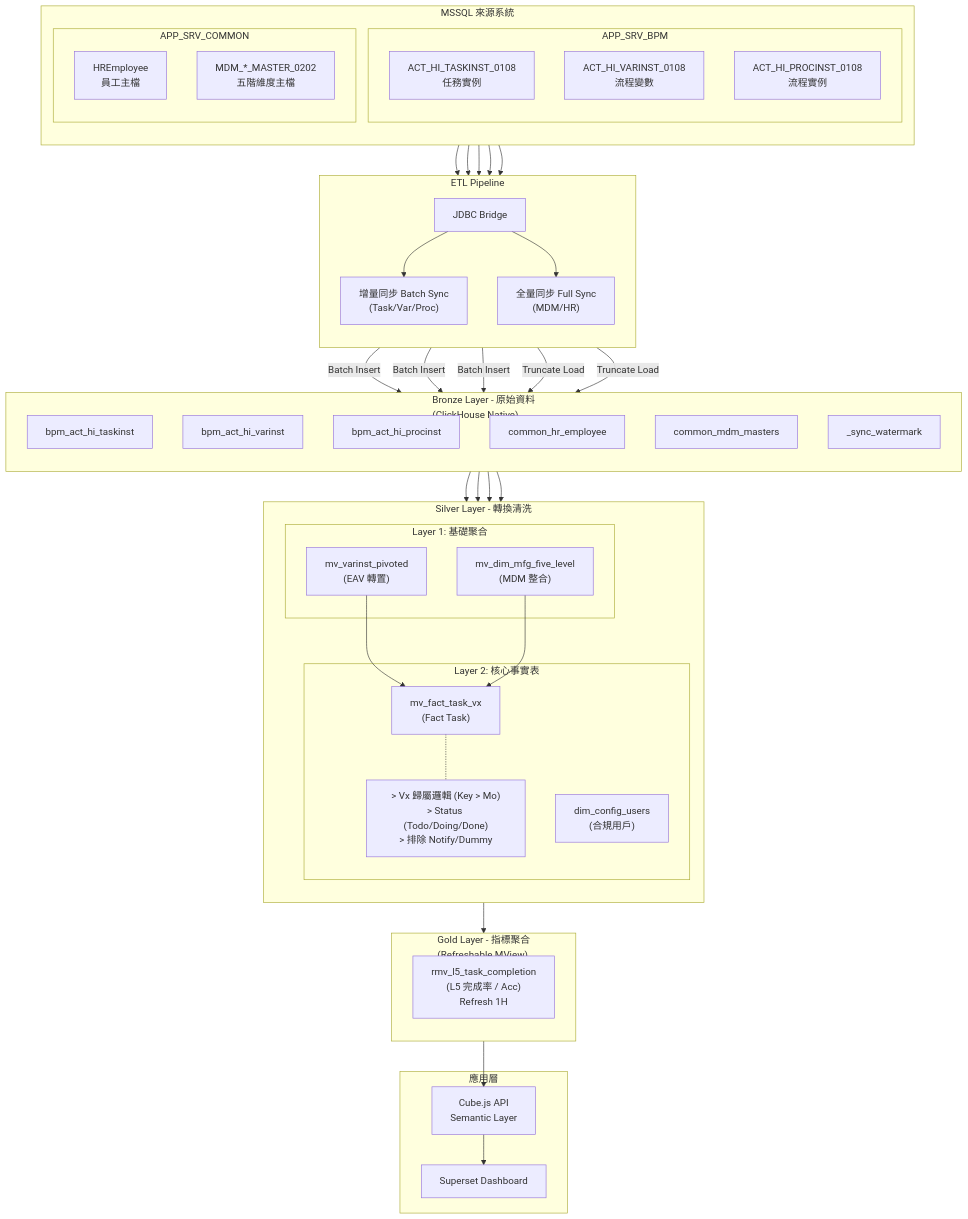
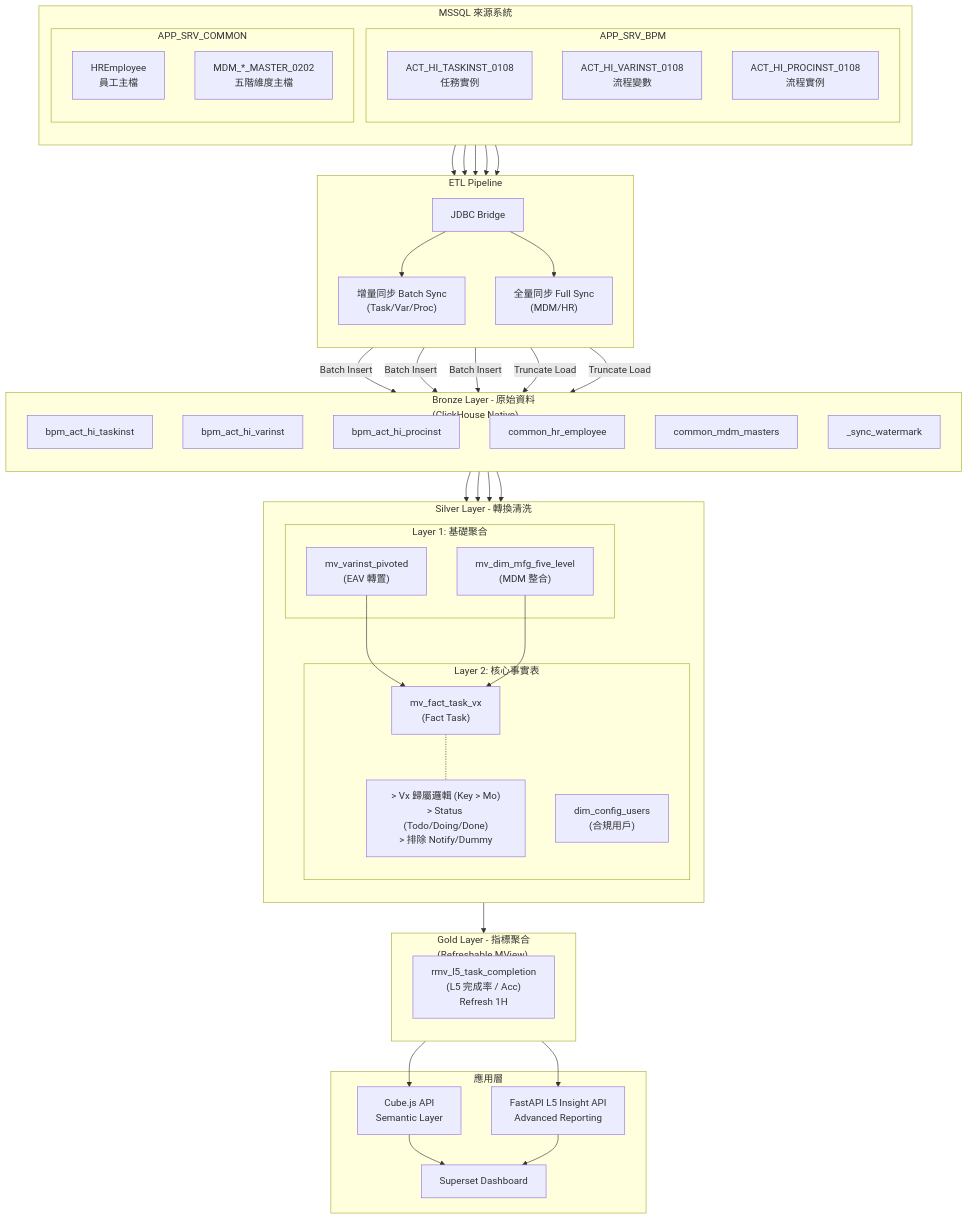
Before and after one commit to Han-lai/dmp_flowable_etl: the first of 2 diagrams in PROJECT_AUDIT_REPORT.md, drawn with Mermaid. The commit also changed other lines of this file and 50 other files, not shown here.

````diff
--- a/PROJECT_AUDIT_REPORT.md
+++ b/PROJECT_AUDIT_REPORT.md
@@ -67,7 +68,7 @@
         
         subgraph Silver_L2 [Layer 2: 核心事實表]
             S_Fact["mv_fact_task_vx<br>(Fact Task)"]
-            note_logic["> Vx 歸屬邏輯 (Key > Mo)<br>> Status (Todo/Doing/Done)<br>> 排除 Notify/Dummy"]
+            note_logic["> Vx 歸屬邏輯 (Key > Mo)\n> Status (Todo/Doing/Done)\n> 排除 Notify/Dummy"]
             
             S_Fact -.- note_logic
             S_Config["dim_config_users<br>(合規用戶)"]
@@ -83,6 +84,7 @@
     %% 6. Serving Layer
     subgraph Serving [應用層]
         Cube["Cube.js API<br>Semantic Layer"]
+        FastAPI["FastAPI L5 Insight API<br>Advanced Reporting"]
         Superset[Superset Dashboard]
     end
 
@@ -118,5 +120,7 @@
     
     %% Gold to Serving
     G_L5 --> Cube
+    G_L5 --> FastAPI
     Cube --> Superset
+    FastAPI --> Superset
 ```
````
